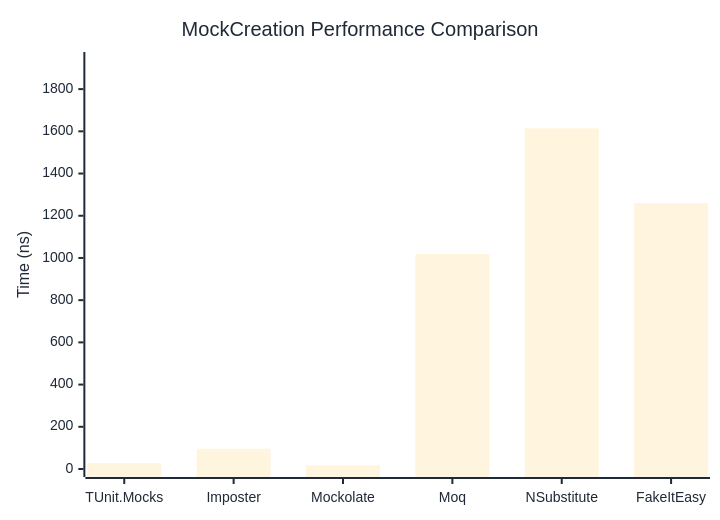
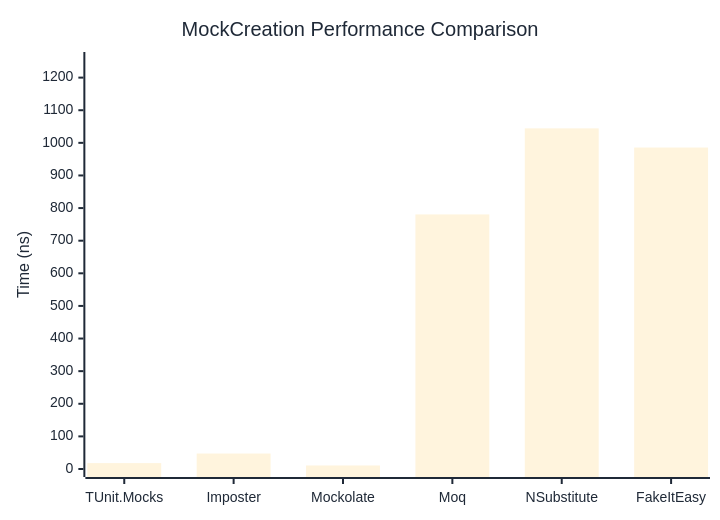
One commit to thomhurst/TUnit changed the first of 2 diagrams in docs/docs/benchmarks/mocks/MockCreation.md. Above: the diagram before and after it, drawn with Mermaid. The commit also changed other lines of this file and 14 other files, not shown here.

````diff
--- a/docs/docs/benchmarks/mocks/MockCreation.md
+++ b/docs/docs/benchmarks/mocks/MockCreation.md
@@ -30,27 +30,27 @@
 ```mermaid
 %%{init: {
   'theme':'base',
   'themeVariables': {
     'primaryColor': '#2563eb',
     'primaryTextColor': '#1f2937',
     'primaryBorderColor': '#1e40af',
     'lineColor': '#6b7280',
     'secondaryColor': '#7c3aed',
     'tertiaryColor': '#dc2626',
     'background': '#ffffff',
     'pie1': '#2563eb',
     'pie2': '#7c3aed',
     'pie3': '#dc2626',
     'pie4': '#f59e0b',
     'pie5': '#10b981',
     'pie6': '#06b6d4',
     'pie7': '#ec4899',
     'pie8': '#6366f1'
   }
 }}%%
 xychart-beta
   title "MockCreation Performance Comparison"
   x-axis ["TUnit.Mocks", "Imposter", "Mockolate", "Moq", "NSubstitute", "FakeItEasy"]
-  y-axis "Time (ns)" 0 --> 1938
-  bar [28.31, 96.21, 17.46, 1018.6, 1614.23, 1260.31]
+  y-axis "Time (ns)" 0 --> 1254
+  bar [18.11, 47.44, 10.83, 780.52, 1044.41, 985.6]
 ```
````
